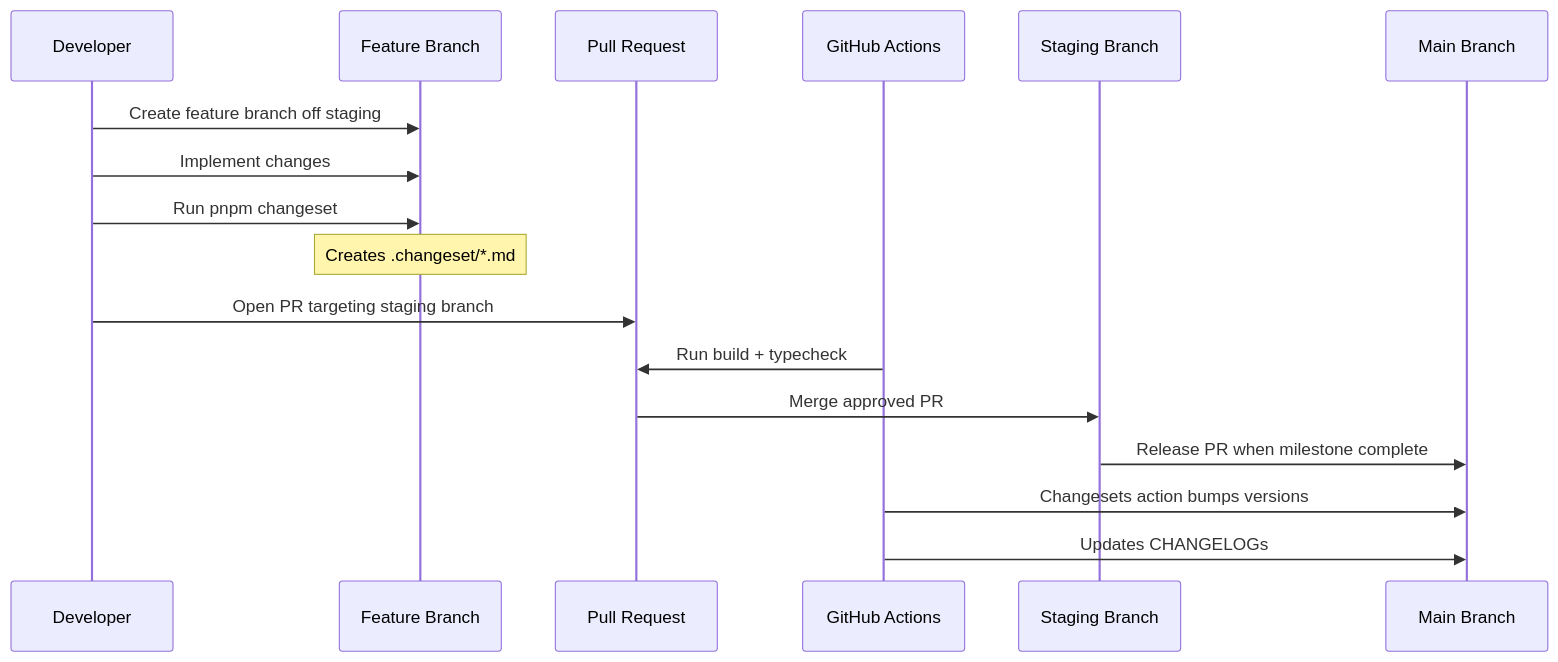
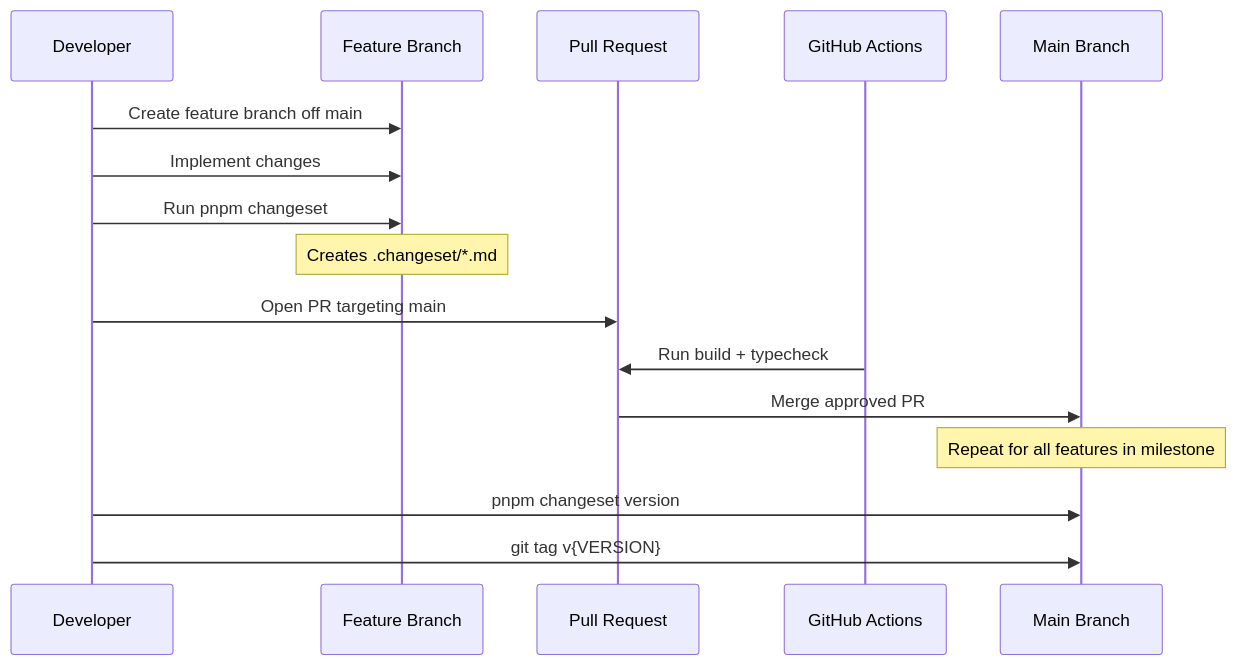
Before and after one commit to WianVDM/schema-framework: the seventh of 7 diagrams in ARCHITECTURE.md, drawn with Mermaid. The commit also changed other lines of this file and 7 other files, not shown here.

First line of the commit message:
refactor: migrate from staging branches to versioned GitHub Flow

````diff
--- a/ARCHITECTURE.md
+++ b/ARCHITECTURE.md
@@ -318,20 +318,19 @@
 ```mermaid
 sequenceDiagram
     participant Dev as Developer
     participant Branch as Feature Branch
     participant PR as Pull Request
     participant CI as GitHub Actions
-    participant Staging as Staging Branch
     participant Main as Main Branch
 
-    Dev->>Branch: Create feature branch off staging
+    Dev->>Branch: Create feature branch off main
     Dev->>Branch: Implement changes
     Dev->>Branch: Run pnpm changeset
     Note over Branch: Creates .changeset/*.md
-    Dev->>PR: Open PR targeting staging branch
+    Dev->>PR: Open PR targeting main
     CI->>PR: Run build + typecheck
-    PR->>Staging: Merge approved PR
-    Staging->>Main: Release PR when milestone complete
-    CI->>Main: Changesets action bumps versions
-    CI->>Main: Updates CHANGELOGs
+    PR->>Main: Merge approved PR
+    Note over Main: Repeat for all features in milestone
+    Dev->>Main: pnpm changeset version
+    Dev->>Main: git tag v{VERSION}
 ```
````
